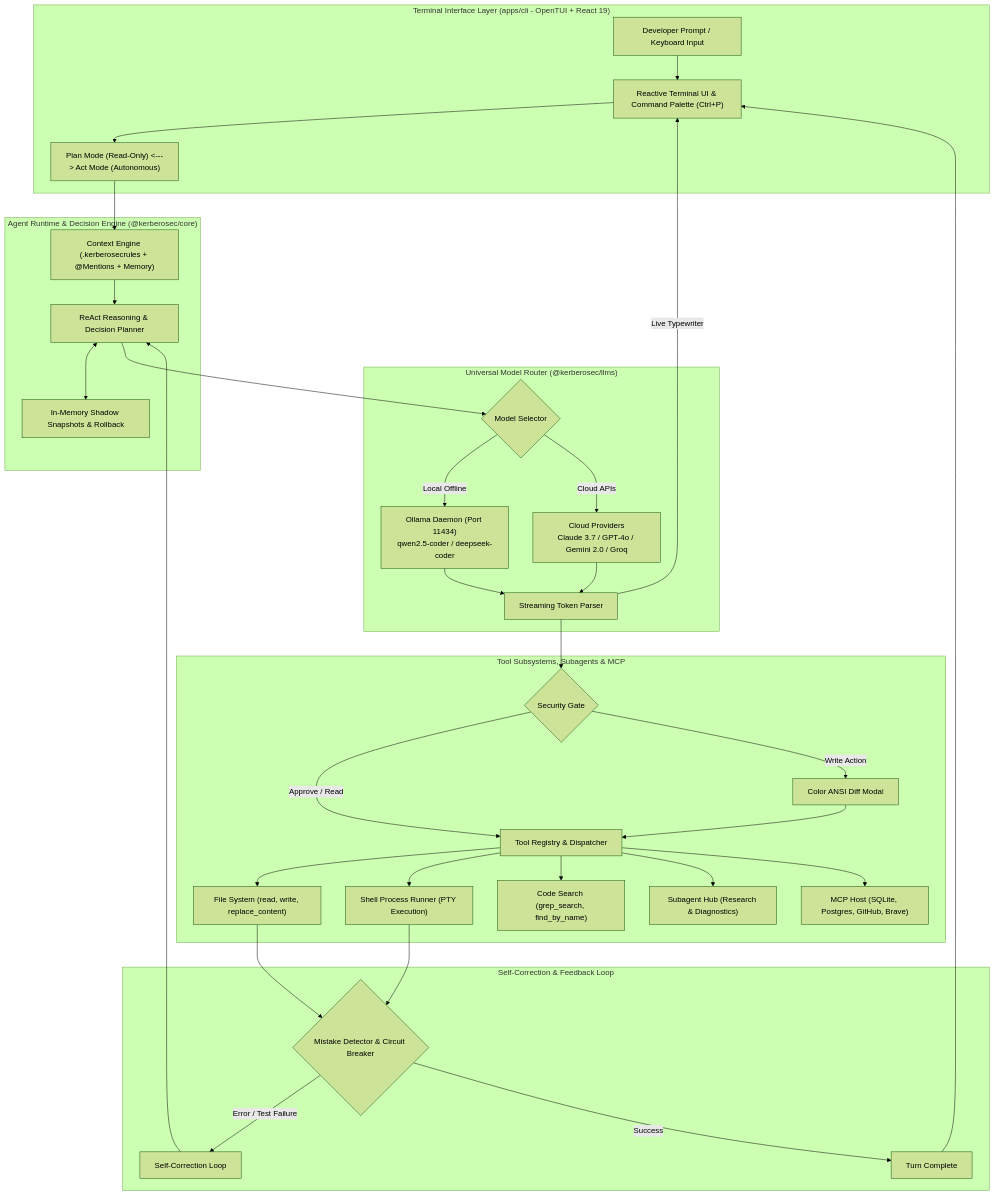
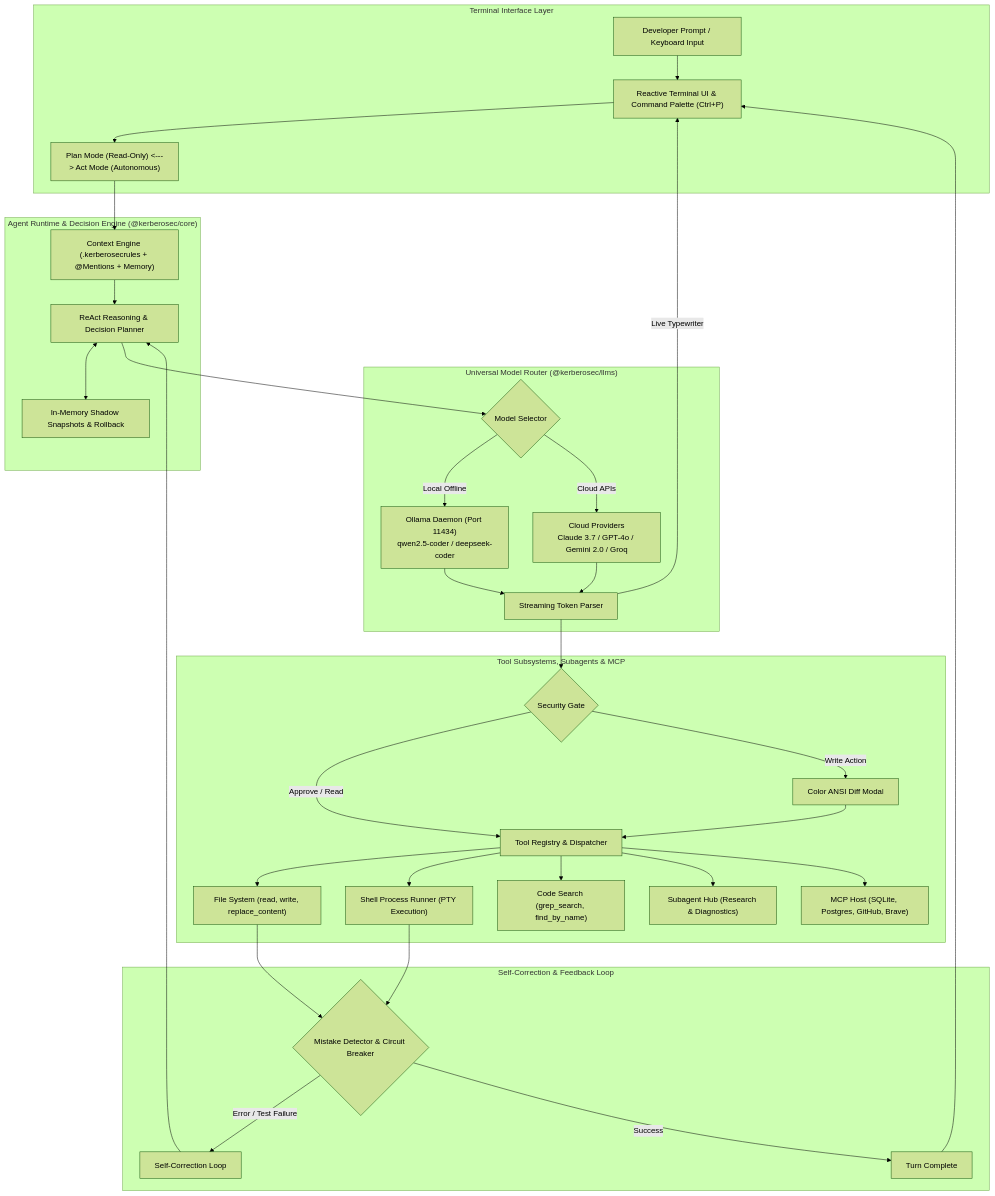
One commit to KerberoSec/KerberoSec-CLI changed the first of 27 diagrams in README.md. Above: the diagram before and after it, drawn with Mermaid (forest theme). The commit also changed other lines of this file, not shown here.

````diff
--- a/README.md
+++ b/README.md
@@ -23,44 +15,44 @@
 ```mermaid
 graph TB
-    subgraph UI ["Terminal Interface Layer (apps/cli - OpenTUI + React 19)"]
+    subgraph UI ["Terminal Interface Layer"]
         User["Developer Prompt / Keyboard Input"] --> TUI["Reactive Terminal UI & Command Palette (Ctrl+P)"]
         TUI --> ModeSwitch["Plan Mode (Read-Only) <---> Act Mode (Autonomous)"]
     end
 
     subgraph Core ["Agent Runtime & Decision Engine (@kerberosec/core)"]
         ModeSwitch --> Hydrator["Context Engine (.kerberosecrules + @Mentions + Memory)"]
         Hydrator --> ReAct["ReAct Reasoning & Decision Planner"]
         ReAct <--> ShadowSnap["In-Memory Shadow Snapshots & Rollback"]
     end
 
     subgraph LLM ["Universal Model Router (@kerberosec/llms)"]
         ReAct --> Router{"Model Selector"}
         Router -- "Local Offline" --> Ollama["Ollama Daemon (Port 11434)<br>qwen2.5-coder / deepseek-coder"]
         Router -- "Cloud APIs" --> Cloud["Cloud Providers<br>Claude 3.7 / GPT-4o / Gemini 2.0 / Groq"]
         Ollama --> Stream["Streaming Token Parser"]
         Cloud --> Stream
         Stream -->|Live Typewriter| TUI
     end
 
     subgraph Tools ["Tool Subsystems, Subagents & MCP"]
         Stream --> Gate{"Security Gate"}
         Gate -- "Approve / Read" --> Dispatcher["Tool Registry & Dispatcher"]
         Gate -- "Write Action" --> DiffView["Color ANSI Diff Modal"]
         DiffView --> Dispatcher
 
         Dispatcher --> FileOps["File System (read, write, replace_content)"]
         Dispatcher --> ShellOps["Shell Process Runner (PTY Execution)"]
         Dispatcher --> SearchOps["Code Search (grep_search, find_by_name)"]
         Dispatcher --> Subagents["Subagent Hub (Research & Diagnostics)"]
         Dispatcher --> MCP["MCP Host (SQLite, Postgres, GitHub, Brave)"]
     end
 
     subgraph Loop ["Self-Correction & Feedback Loop"]
         FileOps --> Breaker{"Mistake Detector & Circuit Breaker"}
         ShellOps --> Breaker
         Breaker -- "Error / Test Failure" --> SelfHeal["Self-Correction Loop"]
         SelfHeal --> ReAct
         Breaker -- "Success" --> Done["Turn Complete"]
         Done --> TUI
     end
 ```
````
